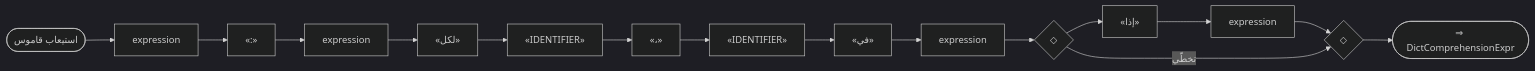
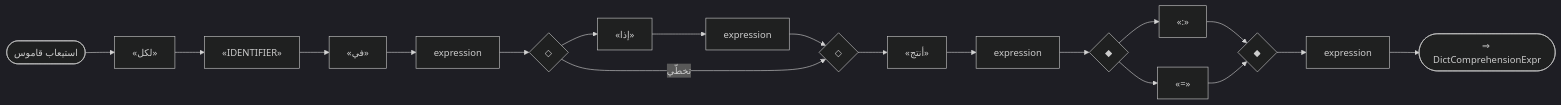
Diagram 29 of 55 in docs/parser_rule/_generated/60_advanced.md (sadlang/sadlang), drawn with Mermaid (dark theme) before and after one commit. The commit also changed other lines of this file and 283 other files, not shown here.

````diff
--- a/docs/parser_rule/_generated/60_advanced.md
+++ b/docs/parser_rule/_generated/60_advanced.md
@@ -867,33 +938,38 @@
 ```mermaid
 flowchart LR
   n1(["استيعاب قاموس"])
-  n2["expression"]
-  n3["«:»"]
+  n2["«لكل»"]
+  n3["«IDENTIFIER»"]
   n2 --> n3
-  n4["expression"]
+  n4["«في»"]
   n3 --> n4
-  n5["«لكل»"]
+  n5["expression"]
   n4 --> n5
-  n6["«IDENTIFIER»"]
+  n6{"◇"}
+  n7{"◇"}
+  n8["«إذا»"]
+  n9["expression"]
+  n8 --> n9
+  n6 --> n8
+  n9 --> n7
+  n6 -- "تخطّي" --> n7
   n5 --> n6
-  n7["«،»"]
-  n6 --> n7
-  n8["«IDENTIFIER»"]
-  n7 --> n8
-  n9["«في»"]
-  n8 --> n9
-  n10["expression"]
-  n9 --> n10
-  n11{"◇"}
-  n12{"◇"}
-  n13["«إذا»"]
-  n14["expression"]
-  n13 --> n14
-  n11 --> n13
-  n14 --> n12
-  n11 -- "تخطّي" --> n12
+  n10["«أنتج»"]
+  n7 --> n10
+  n11["expression"]
   n10 --> n11
+  n12{"◆"}
+  n13{"◆"}
+  n14["«:»"]
+  n12 --> n14
+  n14 --> n13
+  n15["«=»"]
+  n12 --> n15
+  n15 --> n13
+  n11 --> n12
+  n16["expression"]
+  n13 --> n16
   n1 --> n2
-  n15(["⇒ DictComprehensionExpr"])
-  n12 --> n15
+  n17(["⇒ DictComprehensionExpr"])
+  n16 --> n17
 ```
````
